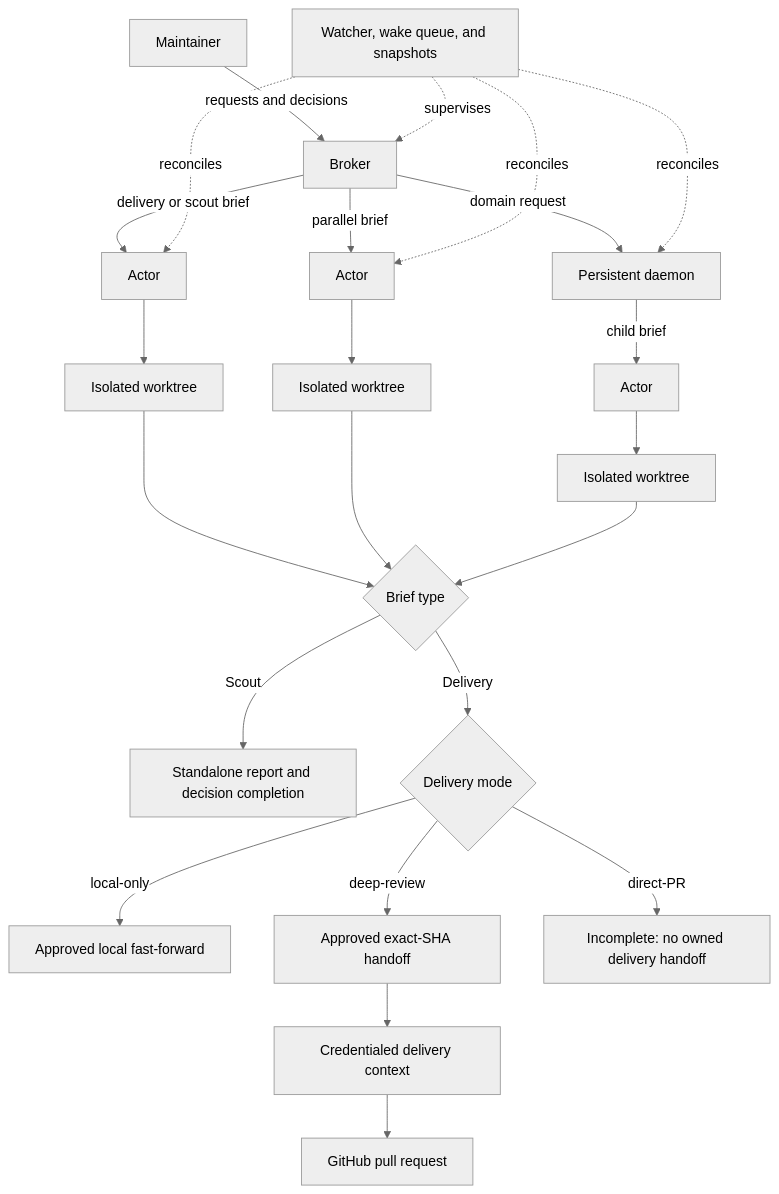
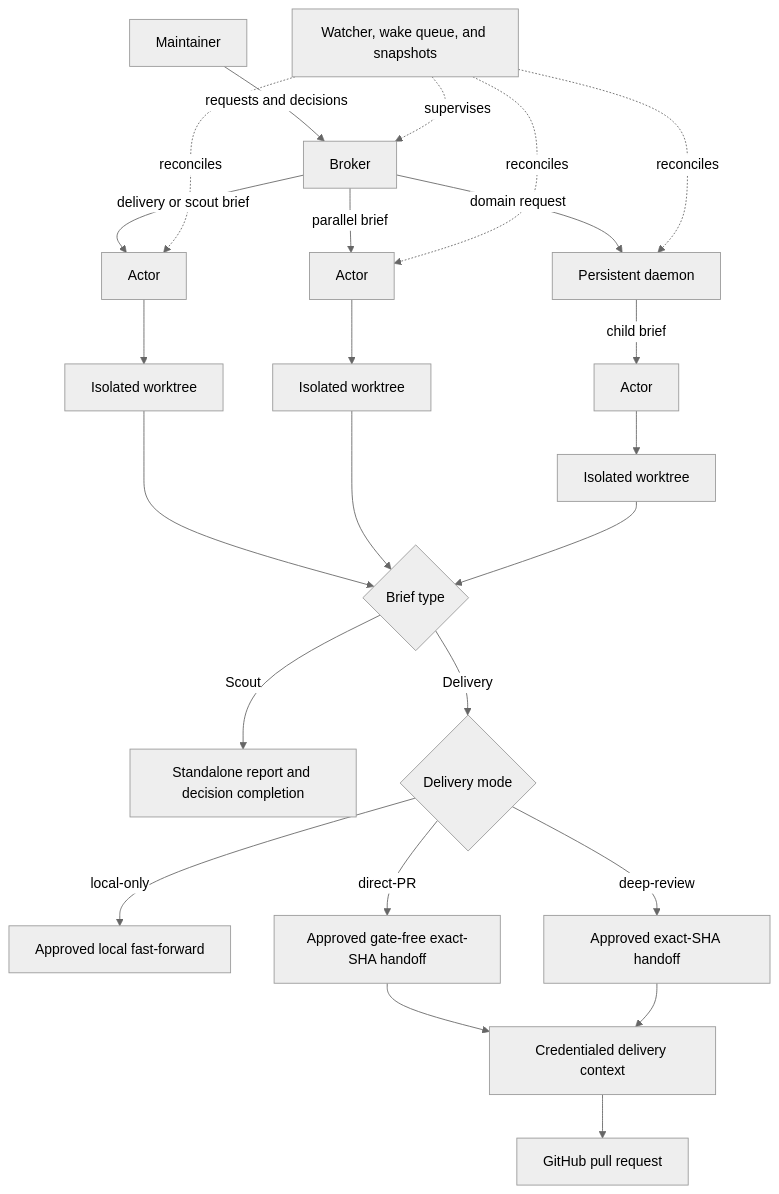
One commit to KashyapTan/Multplx changed the diagram in README.md. Above: the diagram before and after it, drawn with Mermaid (neutral theme). The commit also changed 33 other files, not shown here.

````diff
--- a/README.md
+++ b/README.md
@@ -97,25 +97,26 @@
 ```mermaid
 flowchart TB
     M[Maintainer] -->|requests and decisions| B[Broker]
     B -->|delivery or scout brief| A1[Actor]
     B -->|parallel brief| A2[Actor]
     B -->|domain request| D[Persistent daemon]
     D -->|child brief| A3[Actor]
     A1 --> W1[Isolated worktree]
     A2 --> W2[Isolated worktree]
     A3 --> W3[Isolated worktree]
     S[Watcher, wake queue, and snapshots] -. supervises .-> B
     S -. reconciles .-> A1
     S -. reconciles .-> A2
     S -. reconciles .-> D
     W1 --> T{Brief type}
     W2 --> T
     W3 --> T
     T -->|Scout| Q[Standalone report and decision completion]
     T -->|Delivery| L{Delivery mode}
     L -->|local-only| F[Approved local fast-forward]
     L -->|deep-review| G[Approved exact-SHA handoff]
-    L -->|direct-PR| I[Incomplete: no owned delivery handoff]
+    L -->|direct-PR| I[Approved gate-free exact-SHA handoff]
+    I --> X
     G --> X[Credentialed delivery context]
     X --> R[GitHub pull request]
 ```
````
